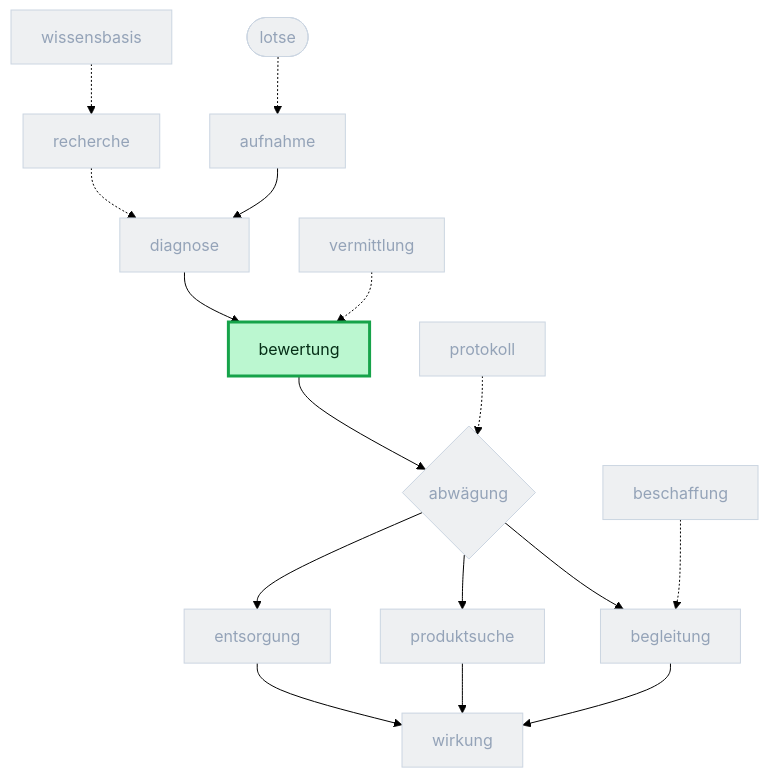
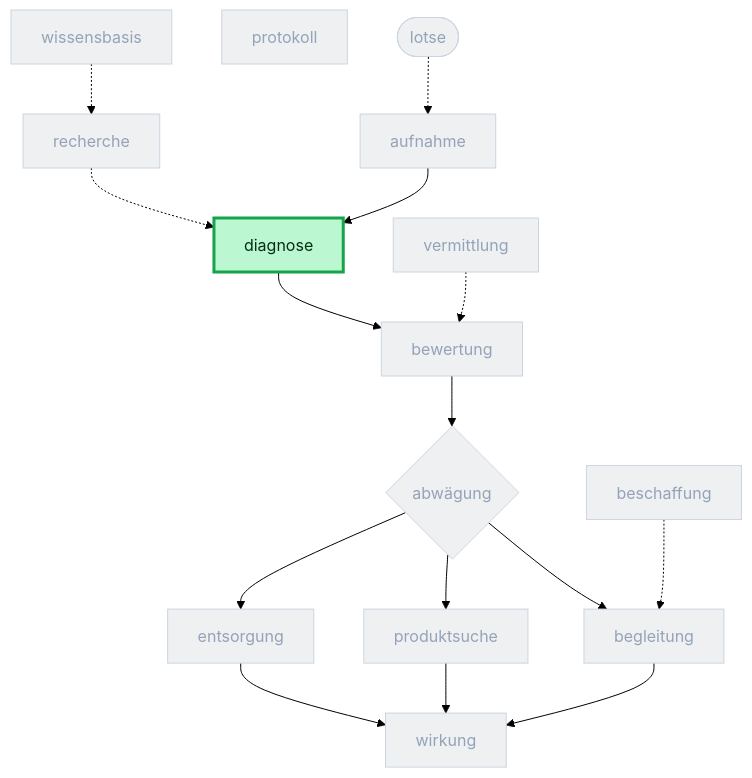
The fifth of 15 diagrams in docs/folien/runtime-roles.adoc (DigitaleOberlausitz/hackathon2026_RepairApp), drawn with Mermaid (forest theme) before and after one commit. The commit also changed other lines of this file and 2 other files, not shown here.

First line of the commit message:
docs(folien): Rollen-Folien narrativ (just-in-time) ordnen + schärfere Diagramme

```diff
--- a/docs/folien/runtime-roles.adoc
+++ b/docs/folien/runtime-roles.adoc
@@ -247,31 +270,30 @@
 [mermaid]
 ....
 flowchart TB
   classDef dim fill:#eef0f2,stroke:#cbd5e1,color:#94a3b8
   classDef active fill:#bbf7d0,stroke:#16a34a,stroke-width:3px,color:#052e16
   lotse([lotse]):::dim
   aufnahme[aufnahme]:::dim
   diagnose[diagnose]:::dim
   bewertung[bewertung]:::dim
   abwaegung{abwägung}:::dim
   begleitung[begleitung]:::dim
   produktsuche[produktsuche]:::dim
   entsorgung[entsorgung]:::dim
   wirkung[wirkung]:::dim
   recherche[recherche]:::dim
   vermittlung[vermittlung]:::dim
   beschaffung[beschaffung]:::dim
   protokoll[protokoll]:::dim
   wissensbasis[wissensbasis]:::dim
   lotse -.-> aufnahme
   aufnahme --> diagnose --> bewertung --> abwaegung
   abwaegung --> begleitung --> wirkung
   abwaegung --> produktsuche --> wirkung
   abwaegung --> entsorgung --> wirkung
   recherche -.-> diagnose
   vermittlung -.-> bewertung
   beschaffung -.-> begleitung
-  protokoll -.-> abwaegung
   wissensbasis -.-> recherche
-  class bewertung active
+  class diagnose active
 ....
```
